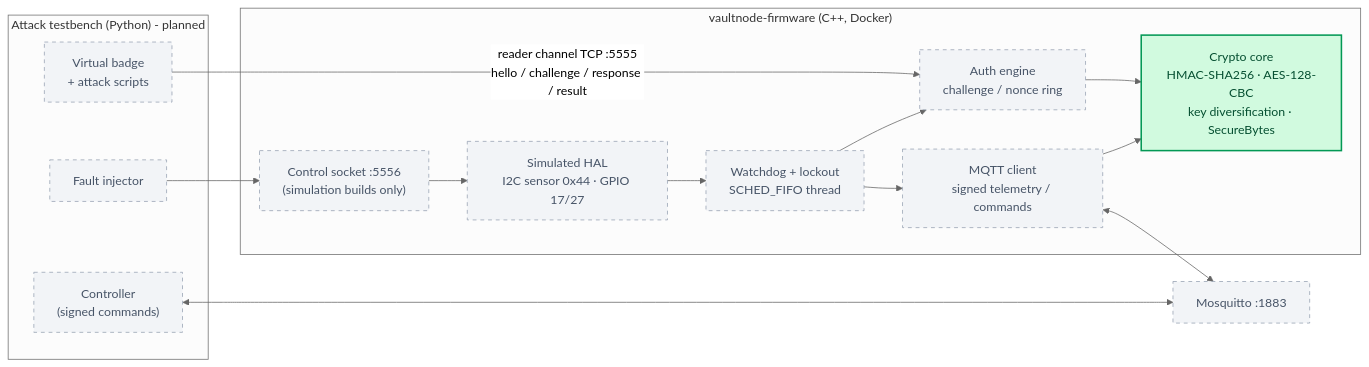
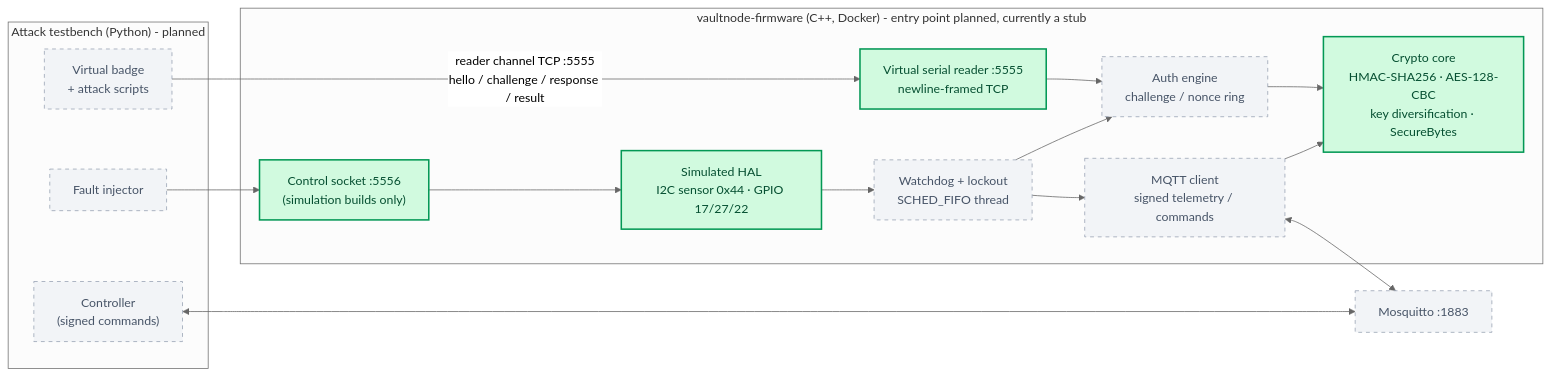
The diagram in README.md (yp012/vaultnode), drawn with Mermaid (neutral theme) before and after one commit. The commit also changed other lines of this file and 22 other files, not shown here.

First line of the commit message:
Added the fake hardware layer (GPIO, sensor, sockets)

````diff
--- a/README.md
+++ b/README.md
@@ -17,34 +17,36 @@
 ```mermaid
 flowchart LR
     subgraph TB["Attack testbench (Python) - planned"]
         BADGE["Virtual badge<br/>+ attack scripts"]
         CTRL["Controller<br/>(signed commands)"]
         INJ["Fault injector"]
     end
 
-    subgraph FW["vaultnode-firmware (C++, Docker)"]
+    subgraph FW["vaultnode-firmware (C++, Docker) - entry point planned, currently a stub"]
         CRYPTO["Crypto core<br/>HMAC-SHA256 · AES-128-CBC<br/>key diversification · SecureBytes"]
         AUTH["Auth engine<br/>challenge / nonce ring"]
         LOCK["Watchdog + lockout<br/>SCHED_FIFO thread"]
-        HAL["Simulated HAL<br/>I2C sensor 0x44 · GPIO 17/27"]
+        HAL["Simulated HAL<br/>I2C sensor 0x44 · GPIO 17/27/22"]
+        SERIAL["Virtual serial reader :5555<br/>newline-framed TCP"]
         MQTTC["MQTT client<br/>signed telemetry / commands"]
         CS["Control socket :5556<br/>(simulation builds only)"]
     end
 
     BROKER["Mosquitto :1883"]
 
-    BADGE -- "reader channel TCP :5555<br/>hello / challenge / response / result" --> AUTH
+    BADGE -- "reader channel TCP :5555<br/>hello / challenge / response / result" --> SERIAL
+    SERIAL --> AUTH
     AUTH --> CRYPTO
     MQTTC --> CRYPTO
     HAL --> LOCK
     LOCK --> AUTH
     LOCK --> MQTTC
     INJ --> CS --> HAL
     MQTTC <--> BROKER
     CTRL <--> BROKER
 
     classDef done fill:#d1fadf,stroke:#039855,stroke-width:2px,color:#054f31;
     classDef planned fill:#f2f4f7,stroke:#98a2b3,stroke-dasharray:5 5,color:#475467;
-    class CRYPTO done;
-    class AUTH,LOCK,HAL,MQTTC,CS,BROKER,BADGE,CTRL,INJ planned;
+    class CRYPTO,HAL,SERIAL,CS done;
+    class AUTH,LOCK,MQTTC,BROKER,BADGE,CTRL,INJ planned;
 ```
````
